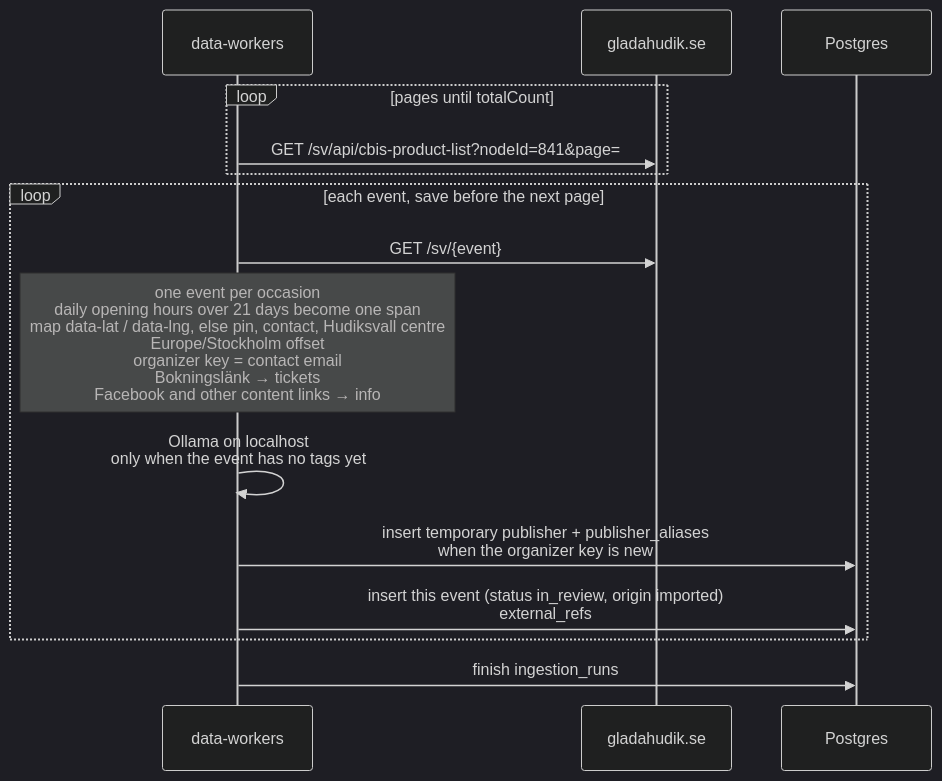
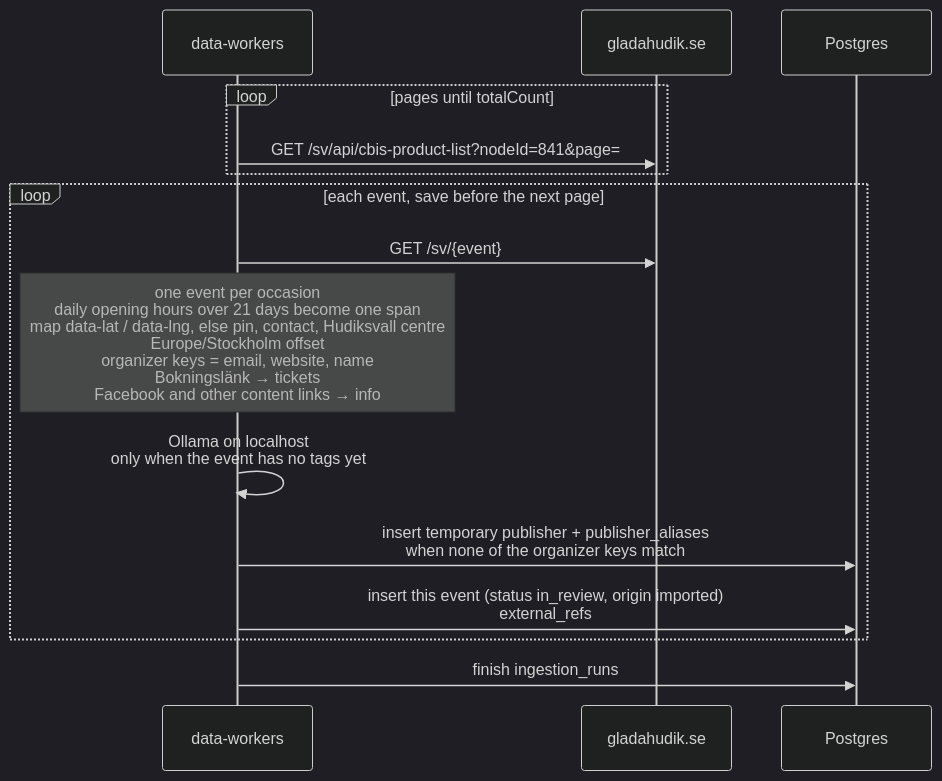
Before and after one commit to BradleySmallbottoms/evently: the diagram in docs/flows/glada-hudik.md, drawn with Mermaid (dark theme). The commit also changed 33 other files, not shown here.

First line of the commit message:
Update event duplicate handling and organizer key management across data sources.

````diff
--- a/docs/flows/glada-hudik.md
+++ b/docs/flows/glada-hudik.md
@@ -29,18 +29,18 @@
 ```mermaid
 sequenceDiagram
   participant Runner as data-workers
   participant Site as gladahudik.se
   participant DB as Postgres
 
   loop pages until totalCount
     Runner->>Site: GET /sv/api/cbis-product-list?nodeId=841&page=
   end
   loop each event, save before the next page
     Runner->>Site: GET /sv/{event}
-    Note over Runner: one event per occasion<br/>daily opening hours over 21 days become one span<br/>map data-lat / data-lng, else pin, contact, Hudiksvall centre<br/>Europe/Stockholm offset<br/>organizer key = contact email<br/>Bokningslänk → tickets<br/>Facebook and other content links → info
+    Note over Runner: one event per occasion<br/>daily opening hours over 21 days become one span<br/>map data-lat / data-lng, else pin, contact, Hudiksvall centre<br/>Europe/Stockholm offset<br/>organizer keys = email, website, name<br/>Bokningslänk → tickets<br/>Facebook and other content links → info
     Runner->>Runner: Ollama on localhost<br/>only when the event has no tags yet
-    Runner->>DB: insert temporary publisher + publisher_aliases<br/>when the organizer key is new
+    Runner->>DB: insert temporary publisher + publisher_aliases<br/>when none of the organizer keys match
     Runner->>DB: insert this event (status in_review, origin imported)<br/>external_refs
   end
   Runner->>DB: finish ingestion_runs
 ```
````
